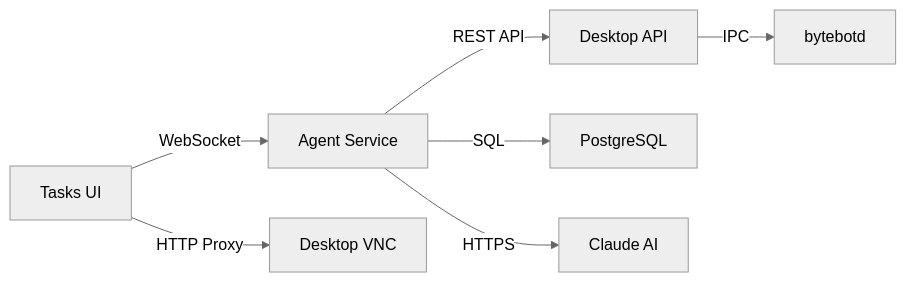
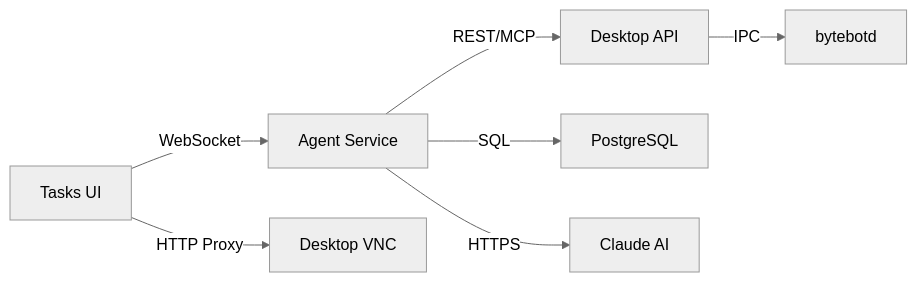
The diagram in docs/core-concepts/architecture.mdx (zhound420/bytebot-hawkeye), drawn with Mermaid (neutral theme) before and after one commit. The commit also changed other lines of this file and 8 other files, not shown here.

````diff
--- a/docs/core-concepts/architecture.mdx
+++ b/docs/core-concepts/architecture.mdx
@@ -100,9 +101,9 @@
 ```mermaid
 graph LR
     A[Tasks UI] -->|WebSocket| B[Agent Service]
     A -->|HTTP Proxy| C[Desktop VNC]
-    B -->|REST API| D[Desktop API]
+    B -->|REST/MCP| D[Desktop API]
     B -->|SQL| E[PostgreSQL]
     B -->|HTTPS| F[Claude AI]
     D -->|IPC| G[bytebotd]
 ```
````
